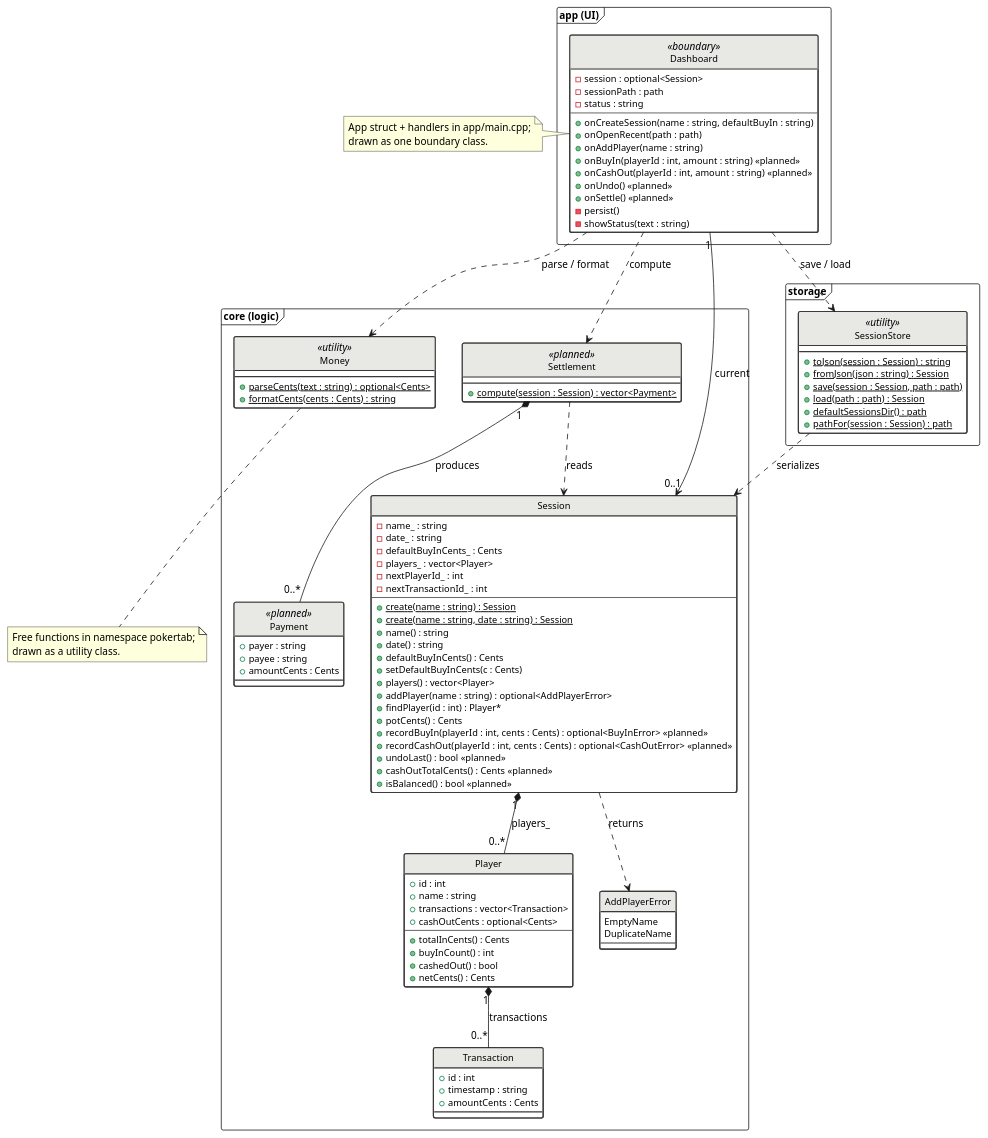
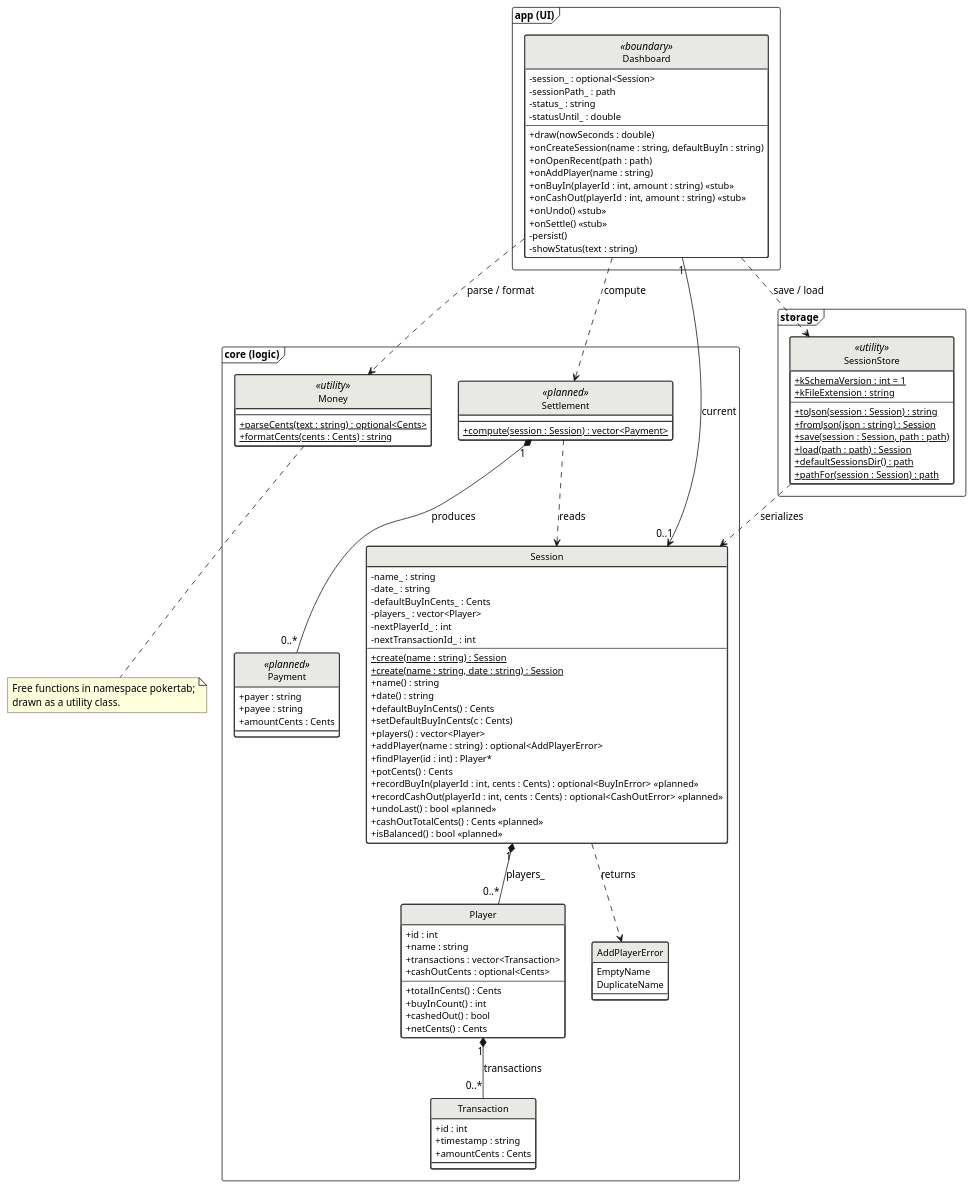
One commit to HiddenOffset/PokerTab-Group15 changed the diagram in docs/uml/src/class-diagram.puml. Above: the diagram before and after it, drawn with PlantUML. The commit also changed 17 other files, not shown here.

Commit message:
A2 slice: Create Session diagrams, naming contract, one class per file

```diff
--- a/docs/uml/src/class-diagram.puml
+++ b/docs/uml/src/class-diagram.puml
@@ -1,135 +1,138 @@
 @startuml class-diagram
 ' Poker Tab — merged class diagram (PR2)
 ' Names follow docs/uml/naming-contract.md. Methods marked «planned» are
-' not yet in code; everything else is in core/include/pokertab/*.hpp.
+' not yet in code; everything else is in core/include/pokertab/*.hpp
+' and app/dashboard.hpp. One file per class.
 skinparam backgroundColor white
 skinparam defaultFontName Helvetica
 skinparam defaultFontSize 13
 skinparam shadowing false
 skinparam class {
   BackgroundColor #FFFFFF
   BorderColor #3A3A3A
   BorderThickness 1.5
   HeaderBackgroundColor #E8E8E4
   AttributeFontSize 12
 }
 skinparam stereotype {
   CBackgroundColor #DCDCD8
 }
 hide circle
+skinparam classAttributeIconSize 0
 
 package "app (UI)" <<Frame>> {
   class Dashboard <<boundary>> {
-    - session : optional<Session>
-    - sessionPath : path
-    - status : string
+    - session_ : optional<Session>
+    - sessionPath_ : path
+    - status_ : string
+    - statusUntil_ : double
     --
+    + draw(nowSeconds : double)
     + onCreateSession(name : string, defaultBuyIn : string)
     + onOpenRecent(path : path)
     + onAddPlayer(name : string)
-    + onBuyIn(playerId : int, amount : string) «planned»
-    + onCashOut(playerId : int, amount : string) «planned»
-    + onUndo() «planned»
-    + onSettle() «planned»
+    + onBuyIn(playerId : int, amount : string) «stub»
+    + onCashOut(playerId : int, amount : string) «stub»
+    + onUndo() «stub»
+    + onSettle() «stub»
     - persist()
     - showStatus(text : string)
   }
 }
 
 package "core (logic)" <<Frame>> {
   class Session {
     - name_ : string
     - date_ : string
     - defaultBuyInCents_ : Cents
     - players_ : vector<Player>
     - nextPlayerId_ : int
     - nextTransactionId_ : int
     --
     + {static} create(name : string) : Session
     + {static} create(name : string, date : string) : Session
     + name() : string
     + date() : string
     + defaultBuyInCents() : Cents
     + setDefaultBuyInCents(c : Cents)
     + players() : vector<Player>
     + addPlayer(name : string) : optional<AddPlayerError>
     + findPlayer(id : int) : Player*
     + potCents() : Cents
     + recordBuyIn(playerId : int, cents : Cents) : optional<BuyInError> «planned»
     + recordCashOut(playerId : int, cents : Cents) : optional<CashOutError> «planned»
     + undoLast() : bool «planned»
     + cashOutTotalCents() : Cents «planned»
     + isBalanced() : bool «planned»
   }
 
   class Player {
     + id : int
     + name : string
     + transactions : vector<Transaction>
     + cashOutCents : optional<Cents>
     --
     + totalInCents() : Cents
     + buyInCount() : int
     + cashedOut() : bool
     + netCents() : Cents
   }
 
   class Transaction {
     + id : int
     + timestamp : string
     + amountCents : Cents
   }
 
   enum AddPlayerError {
     EmptyName
     DuplicateName
   }
 
   class Money <<utility>> {
     + {static} parseCents(text : string) : optional<Cents>
     + {static} formatCents(cents : Cents) : string
   }
 
   class Settlement <<planned>> {
     + {static} compute(session : Session) : vector<Payment>
   }
 
   class Payment <<planned>> {
     + payer : string
     + payee : string
     + amountCents : Cents
   }
 }
 
 package "storage" <<Frame>> {
   class SessionStore <<utility>> {
+    + {static} kSchemaVersion : int = 1
+    + {static} kFileExtension : string
+    --
     + {static} toJson(session : Session) : string
     + {static} fromJson(json : string) : Session
     + {static} save(session : Session, path : path)
     + {static} load(path : path) : Session
     + {static} defaultSessionsDir() : path
     + {static} pathFor(session : Session) : path
   }
 }
 
 Session "1" *-- "0..*" Player : players_
 Player "1" *-- "0..*" Transaction : transactions
 Session ..> AddPlayerError : returns
 Settlement "1" *-- "0..*" Payment : produces
 Settlement ..> Session : reads
 
 Dashboard "1" --> "0..1" Session : current
 Dashboard ..> SessionStore : save / load
 Dashboard ..> Settlement : compute
 Dashboard ..> Money : parse / format
 SessionStore ..> Session : serializes
 
 note bottom of Money
   Free functions in namespace pokertab;
   drawn as a utility class.
 end note
-note left of Dashboard
-  App struct + handlers in app/main.cpp;
-  drawn as one boundary class.
-end note
 @enduml
```
